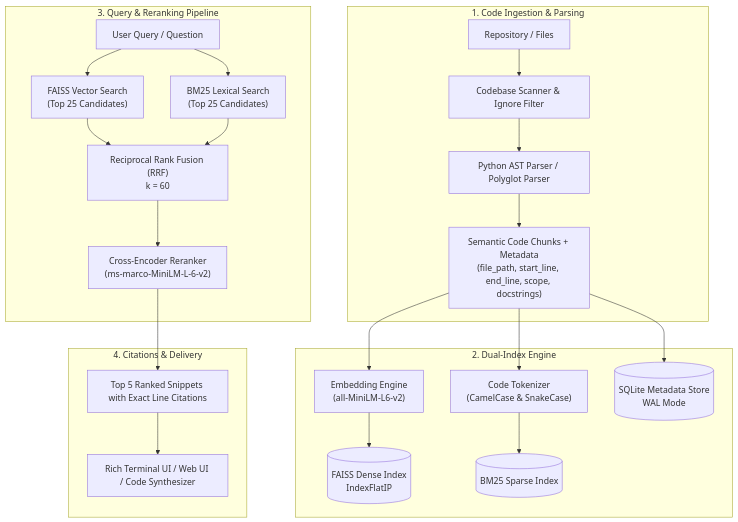
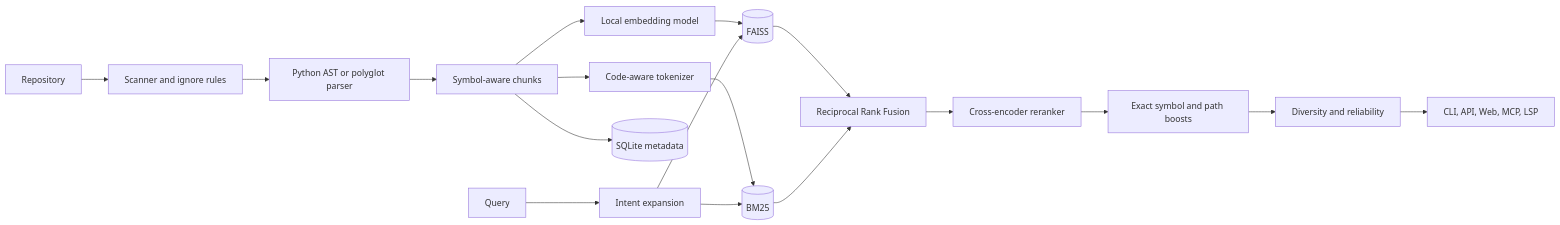
The diagram in README.md (saitarrun/Semantic-code-intelligence), drawn with Mermaid before and after one commit. The commit also changed other lines of this file, not shown here.

````diff
--- a/README.md
+++ b/README.md
@@ -27,29 +425,21 @@
 ```mermaid
-flowchart TD
-    subgraph Ingestion["1. Code Ingestion & Parsing"]
-        A[Repository / Files] --> B[Codebase Scanner & Ignore Filter]
-        B --> C[Python AST Parser / Polyglot Parser]
-        C --> D["Semantic Code Chunks + Metadata<br/>(file_path, start_line, end_line, scope, docstrings)"]
-    end
+flowchart LR
+    A[Repository] --> B[Scanner and ignore rules]
+    B --> C[Python AST or polyglot parser]
+    C --> D[Symbol-aware chunks]
+    D --> E[Local embedding model]
+    E --> F[(FAISS)]
+    D --> G[Code-aware tokenizer]
+    G --> H[(BM25)]
+    D --> I[(SQLite metadata)]
 
-    subgraph Indexing["2. Dual-Index Engine"]
-        D --> E["Embedding Engine<br/>(all-MiniLM-L6-v2)"]
-        E --> F[(FAISS Dense Index<br/>IndexFlatIP)]
-        D --> G["Code Tokenizer<br/>(CamelCase & SnakeCase)"]
-        G --> H[(BM25 Sparse Index)]
-        D --> I[(SQLite Metadata Store<br/>WAL Mode)]
-    end
-
-    subgraph Retrieval["3. Query & Reranking Pipeline"]
-        Q["User Query / Question"] --> J["FAISS Vector Search<br/>(Top 25 Candidates)"]
-        Q --> K["BM25 Lexical Search<br/>(Top 25 Candidates)"]
-        J --> L["Reciprocal Rank Fusion (RRF)<br/>k = 60"]
-        K --> L
-        L --> M["Cross-Encoder Reranker<br/>(ms-marco-MiniLM-L-6-v2)"]
-    end
-
-    subgraph Output["4. Citations & Delivery"]
-        M --> N["Top 5 Ranked Snippets with Exact Line Citations"]
-        N --> O["Rich Terminal UI / Web UI / Code Synthesizer"]
-    end
+    Q[Query] --> X[Intent expansion]
+    X --> F
+    X --> H
+    F --> R[Reciprocal Rank Fusion]
+    H --> R
+    R --> J[Cross-encoder reranker]
+    J --> K[Exact symbol and path boosts]
+    K --> L[Diversity and reliability]
+    L --> M[CLI, API, Web, MCP, LSP]
 ```
````
